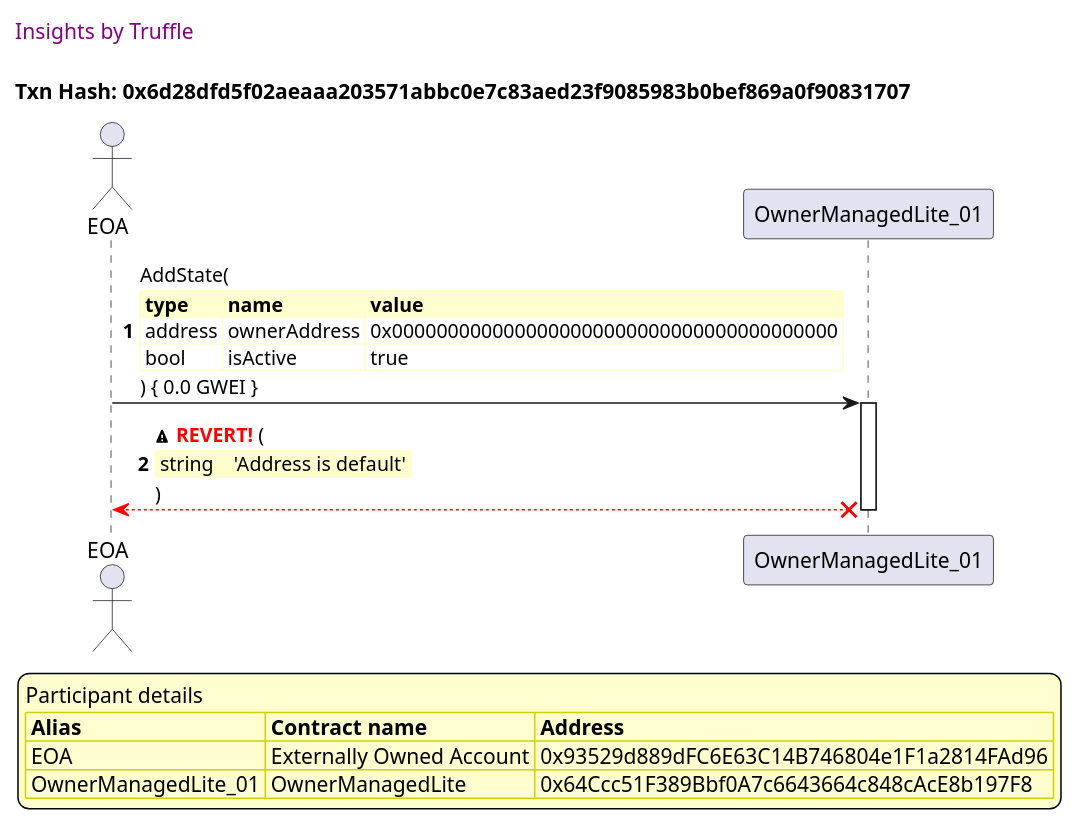
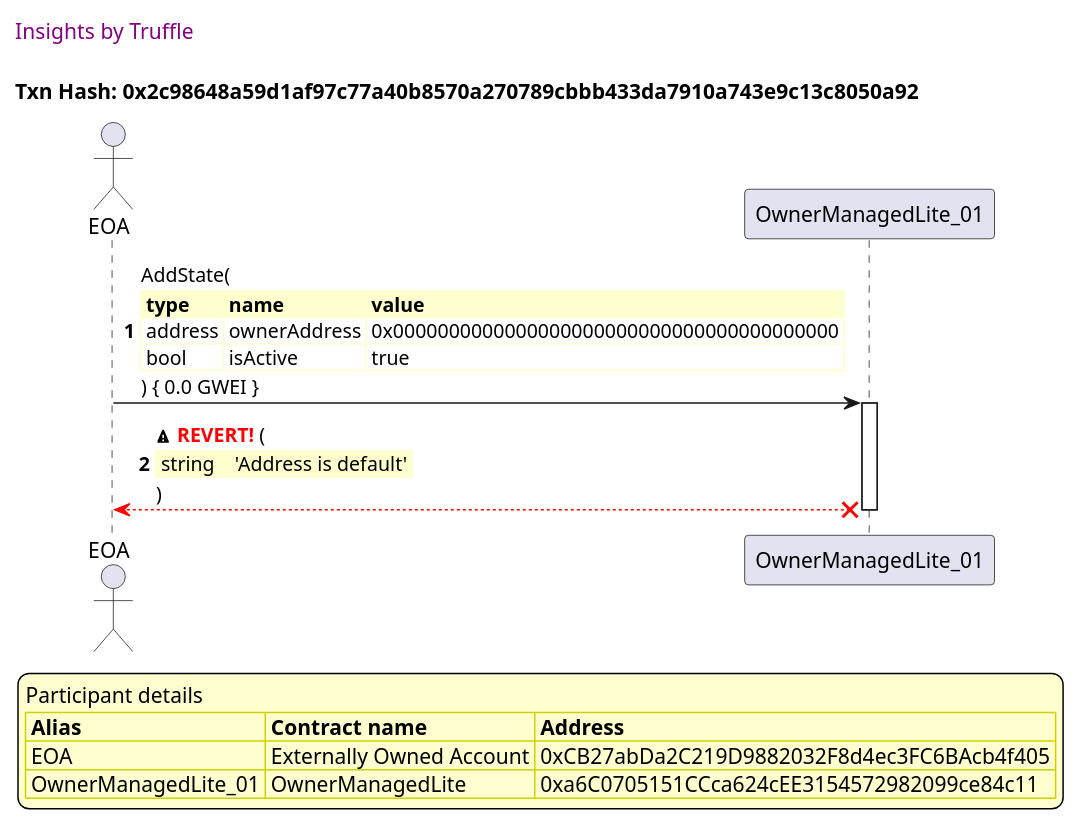
Before and after one commit to thedarkjester/ConsensysAssignment: the second of 9 diagrams in truffle-seq/OwnerManagedLite_test_add_state.md, drawn with PlantUML. The commit also changed other lines of this file and 13 other files, not shown here.

````diff
--- a/truffle-seq/OwnerManagedLite_test_add_state.md
+++ b/truffle-seq/OwnerManagedLite_test_add_state.md
@@ -56,44 +56,44 @@
 ```plantuml
 
 
 @startuml
 
 autonumber
 skinparam legendBackgroundColor #FEFECE
 
 <style>
       header {
         HorizontalAlignment left
         FontColor purple
         FontSize 14
         Padding 10
       }
     </style>
 
 header Insights by Truffle
 
-title Txn Hash: 0x6d28dfd5f02aeaaa203571abbc0e7c83aed23f9085983b0bef869a0f90831707
+title Txn Hash: 0x2c98648a59d1af97c77a40b8570a270789cbbb433da7910a743e9c13c8050a92
 
 
 actor EOA as "EOA"
 participant OwnerManagedLite_01 as "OwnerManagedLite_01"
 
 "EOA" -> "OwnerManagedLite_01" ++: AddState(\n\
 <#FEFECE,#FEFECE>|= type |= name |= value |\n\
 | address | ownerAddress | 0x0000000000000000000000000000000000000000 |\n\
 | bool | isActive | true |\n\
 ) { 0.0 GWEI }
 "OwnerManagedLite_01" x-[#red]-> "EOA" --: <&warning> <color #red>**REVERT!**</color> (\n\
 <#FEFECE,#FEFECE>| string |  | 'Address is default' |\n\
 )
 deactivate "OwnerManagedLite_01"
 
 legend
 Participant details
 <#FEFECE,#D0D000>|= Alias |= Contract name |= Address |
-<#FEFECE>| EOA | Externally Owned Account | 0x93529d889dFC6E63C14B746804e1F1a2814FAd96 |
-<#FEFECE>| OwnerManagedLite_01 | OwnerManagedLite | 0x64Ccc51F389Bbf0A7c6643664c848cAcE8b197F8 |
+<#FEFECE>| EOA | Externally Owned Account | 0xCB27abDa2C219D9882032F8d4ec3FC6BAcb4f405 |
+<#FEFECE>| OwnerManagedLite_01 | OwnerManagedLite | 0xa6C0705151CCca624cEE3154572982099ce84c11 |
 endlegend
 
 @enduml
 ```
````
